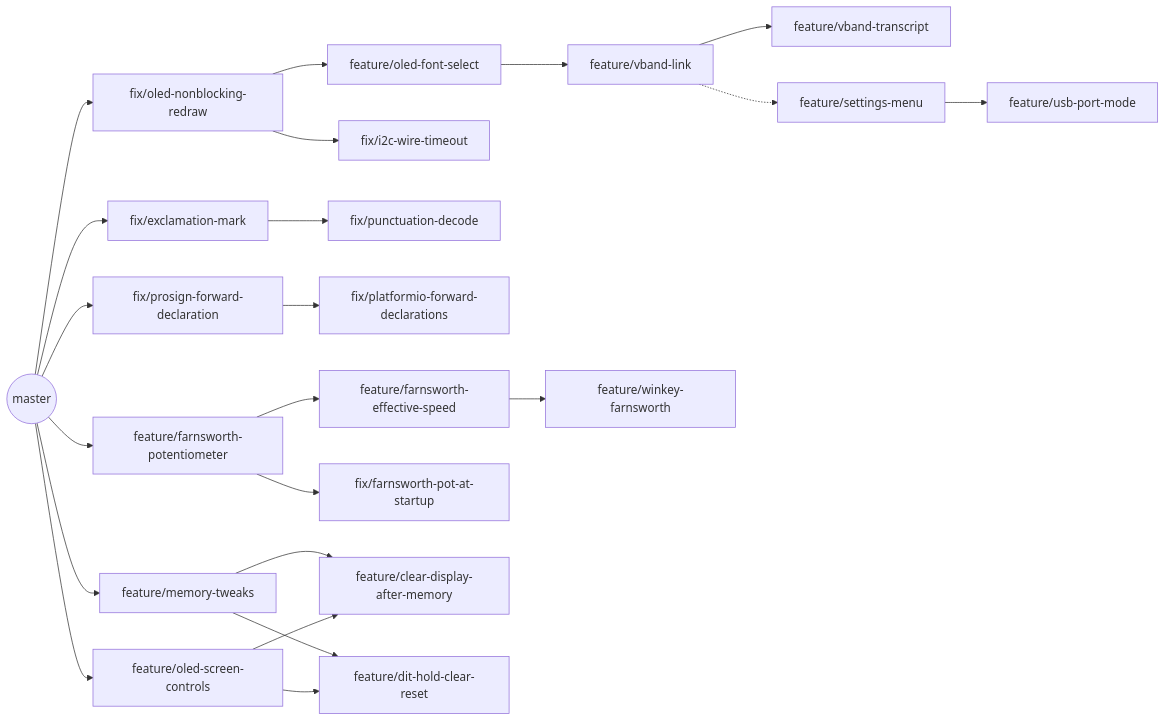
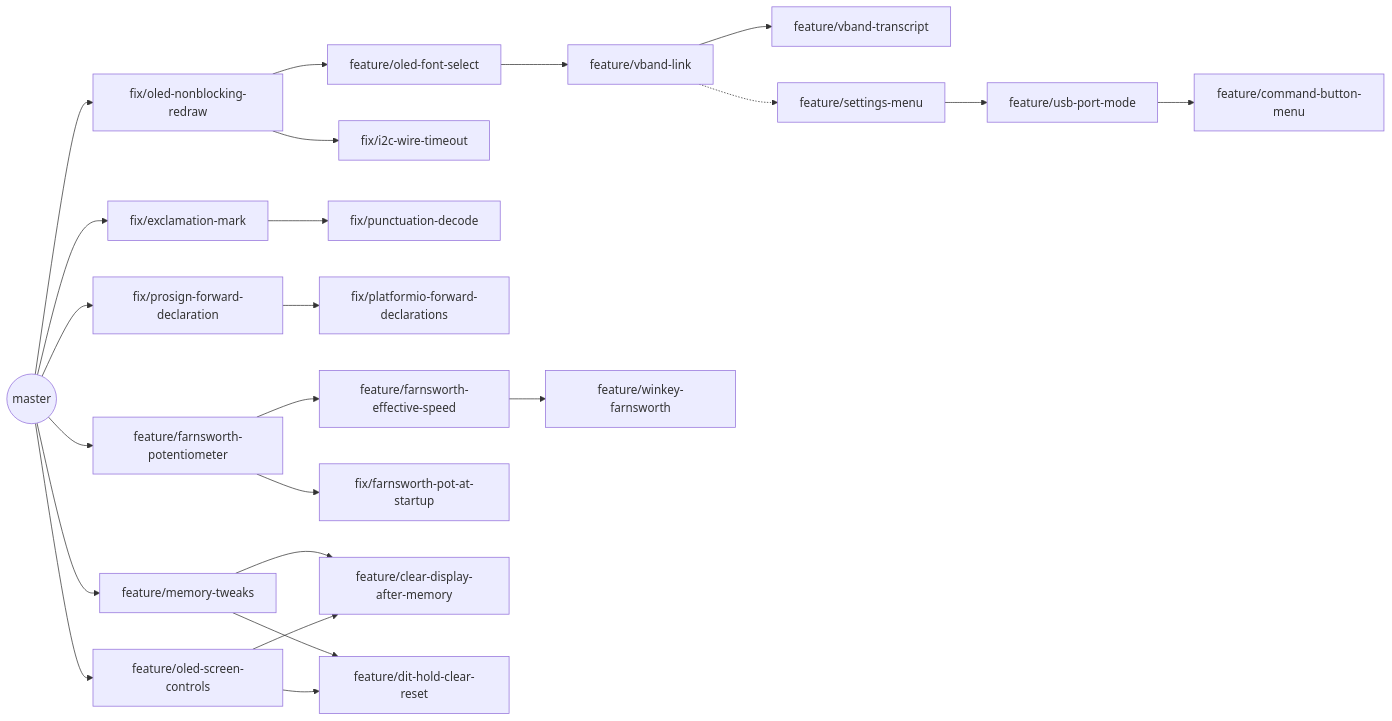
Before and after one commit to W7YFR/k3ng_cw_keyer: the diagram in UPSTREAM.md, drawn with Mermaid. The commit also changed other lines of this file and 1 other file, not shown here.

Commit message:
docs: changelog and upstream map for the Cmd button setting

````diff
--- a/UPSTREAM.md
+++ b/UPSTREAM.md
@@ -45,22 +45,23 @@
 ```mermaid
 flowchart LR
   master((master))
   master --> nb[fix/oled-nonblocking-redraw]
   nb --> font[feature/oled-font-select]
   nb --> i2c[fix/i2c-wire-timeout]
   font --> vb[feature/vband-link]
   vb --> tr[feature/vband-transcript]
   vb -.-> menu[feature/settings-menu]
   menu --> usb[feature/usb-port-mode]
+  usb --> cmdb[feature/command-button-menu]
   master --> ex[fix/exclamation-mark] --> punct[fix/punctuation-decode]
   master --> pfd[fix/prosign-forward-declaration] --> pio2[fix/platformio-forward-declarations]
   master --> fpot[feature/farnsworth-potentiometer]
   fpot --> feff[feature/farnsworth-effective-speed] --> wkf[feature/winkey-farnsworth]
   fpot --> fpotfix[fix/farnsworth-pot-at-startup]
   master --> mem[feature/memory-tweaks]
   master --> osc[feature/oled-screen-controls]
   mem --> clr[feature/clear-display-after-memory]
   osc --> clr
   mem --> dit[feature/dit-hold-clear-reset]
   osc --> dit
 ```
````
